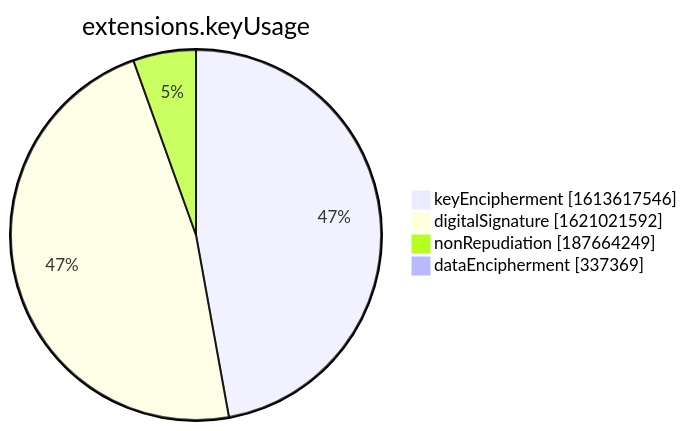
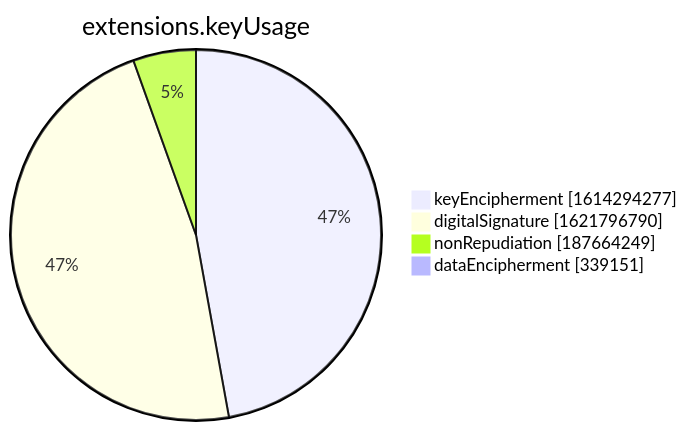
The seventh of 15 diagrams in xenon2022/README.md (christiankrug/ctmonitor_visualization), drawn with Mermaid before and after one commit. The commit also changed other lines of this file, not shown here.

````diff
--- a/xenon2022/README.md
+++ b/xenon2022/README.md
@@ -2855,8 +2855,8 @@
 ```mermaid
 pie showData
 title extensions.keyUsage
-"keyEncipherment" :1613617546
-"digitalSignature" :1621021592
+"keyEncipherment" :1614294277
+"digitalSignature" :1621796790
 "nonRepudiation" :187664249
-"dataEncipherment" :337369
+"dataEncipherment" :339151
 ```
````
